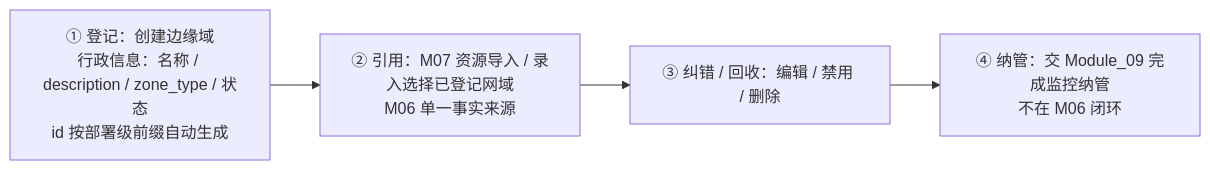
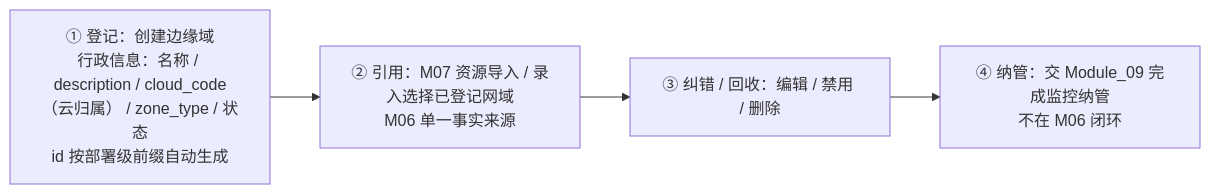
Before and after one commit to vickiechen1128/CNCF_Monitor: the first of 5 diagrams in docs/02-product-requirements/Modules/Module_06_Multi_Tenant.md, drawn with Mermaid. The commit also changed other lines of this file and 5 other files, not shown here.

Commit message:
docs(module-06): PRD v2.16→v2.18 cloud_code 配套收口（决策 78 补齐）；原型同步

````diff
--- a/docs/02-product-requirements/Modules/Module_06_Multi_Tenant.md
+++ b/docs/02-product-requirements/Modules/Module_06_Multi_Tenant.md
@@ -241,8 +241,8 @@
 ```mermaid
 flowchart LR
-  A[① 登记：创建边缘域<br/>行政信息：名称 / description / zone_type / 状态<br/>id 按部署级前缀自动生成]
+  A[① 登记：创建边缘域<br/>行政信息：名称 / description / cloud_code（云归属） / zone_type / 状态<br/>id 按部署级前缀自动生成]
   B[② 引用：M07 资源导入 / 录入选择已登记网域<br/>M06 单一事实来源]
   C[③ 纠错 / 回收：编辑 / 禁用 / 删除]
   D[④ 纳管：交 Module_09 完成监控纳管<br/>不在 M06 闭环]
   A --> B --> C --> D
 ```
````
